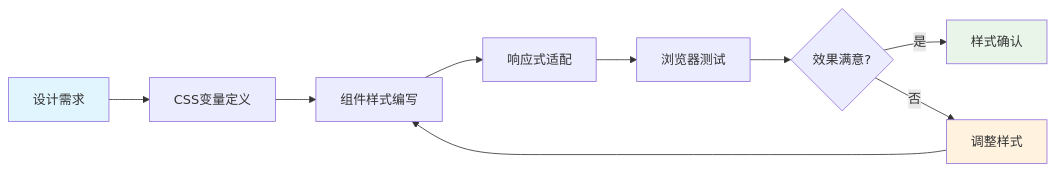
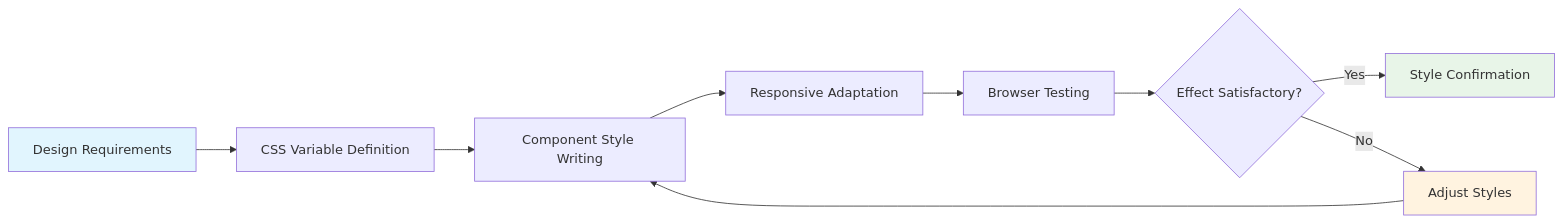
One commit to ChanMeng666/ai-programming-teaching-project changed the sixth of 10 diagrams in i18n/en/docusaurus-plugin-content-docs/version-2024-winter/tutorials/docusaurus-tutorial.mdx. Above: the diagram before and after it, drawn with Mermaid. The commit also changed other lines of this file and 11 other files, not shown here.

````diff
--- a/i18n/en/docusaurus-plugin-content-docs/version-2024-winter/tutorials/docusaurus-tutorial.mdx
+++ b/i18n/en/docusaurus-plugin-content-docs/version-2024-winter/tutorials/docusaurus-tutorial.mdx
@@ -530,15 +530,15 @@
 ```mermaid
 graph LR
-    A[设计需求] --> B[CSS变量定义]
-    B --> C[组件样式编写]
-    C --> D[响应式适配]
-    D --> E[浏览器测试]
-    E --> F{效果满意?}
-    F -->|是| G[样式确认]
-    F -->|否| H[调整样式]
+    A[Design Requirements] --> B[CSS Variable Definition]
+    B --> C[Component Style Writing]
+    C --> D[Responsive Adaptation]
+    D --> E[Browser Testing]
+    E --> F{Effect Satisfactory?}
+    F -->|Yes| G[Style Confirmation]
+    F -->|No| H[Adjust Styles]
     H --> C
-    
+
     style A fill:#e1f5fe
     style G fill:#e8f5e8
     style H fill:#fff3e0
 ```
````
